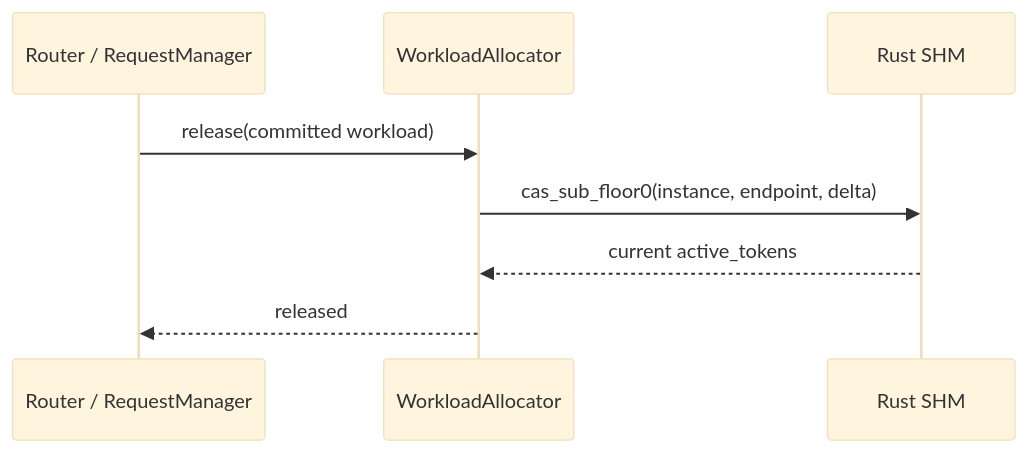
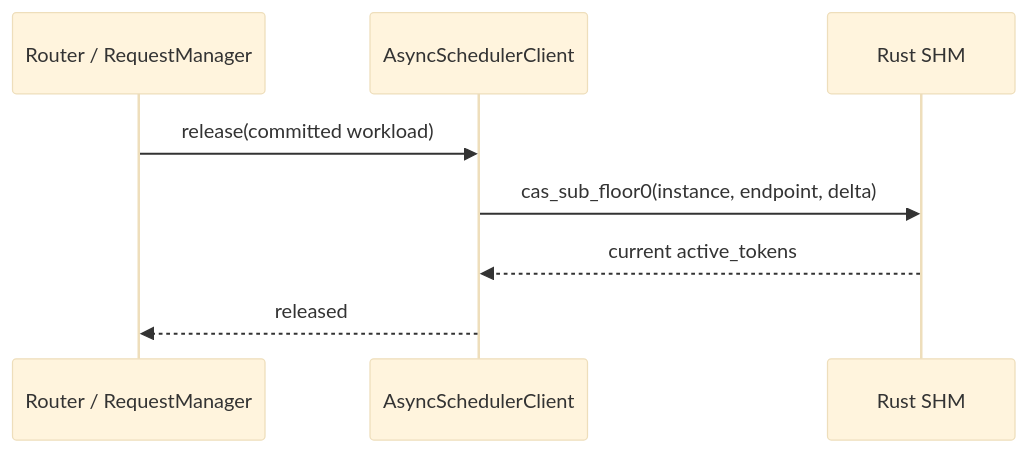
Before and after one commit to Lyr-GW/MindIE-PyMotor: the fourth of 5 diagrams in docs/zh/design/scheduler_policy_plugin.md, drawn with Mermaid (base theme). The commit also changed other lines of this file and 17 other files, not shown here.

````diff
--- a/docs/zh/design/scheduler_policy_plugin.md
+++ b/docs/zh/design/scheduler_policy_plugin.md
@@ -352,11 +352,11 @@
 ```mermaid
 sequenceDiagram
     participant R as Router / RequestManager
-    participant A as WorkloadAllocator
+    participant A as AsyncSchedulerClient
     participant S as Rust SHM
 
     R->>A: release(committed workload)
     A->>S: cas_sub_floor0(instance, endpoint, delta)
     S-->>A: current active_tokens
     A-->>R: released
 ```
````
